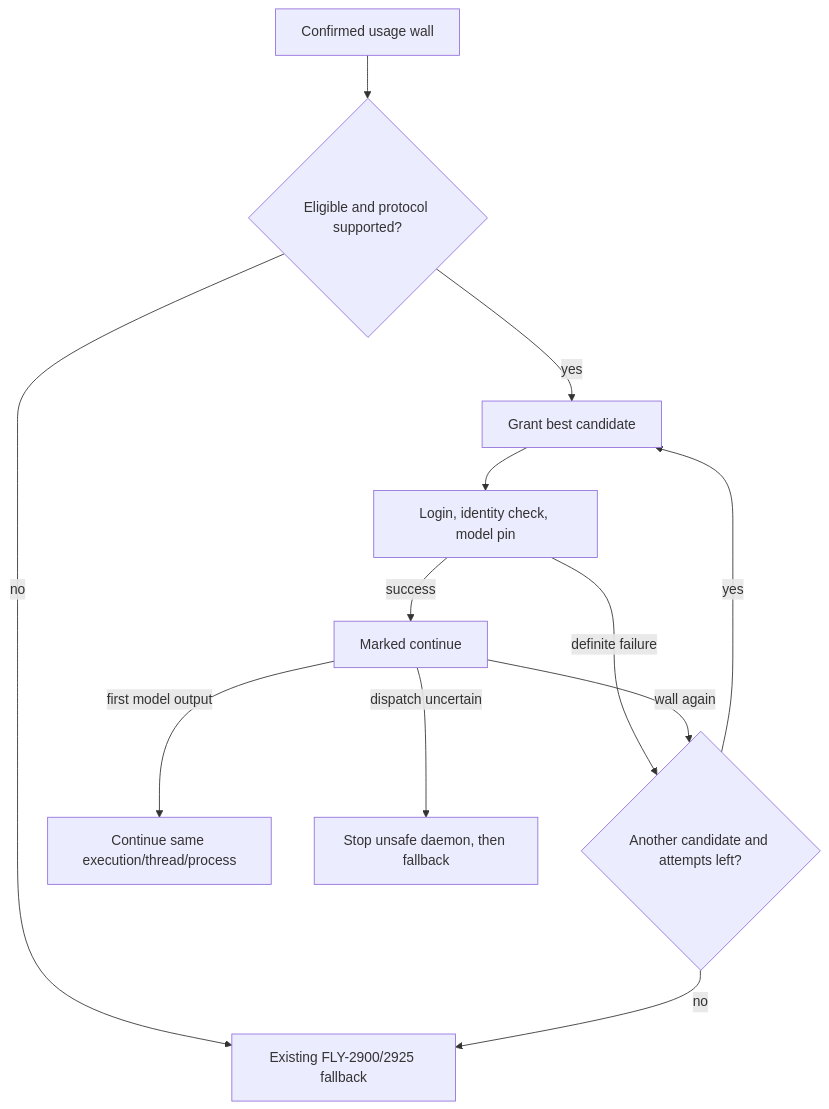
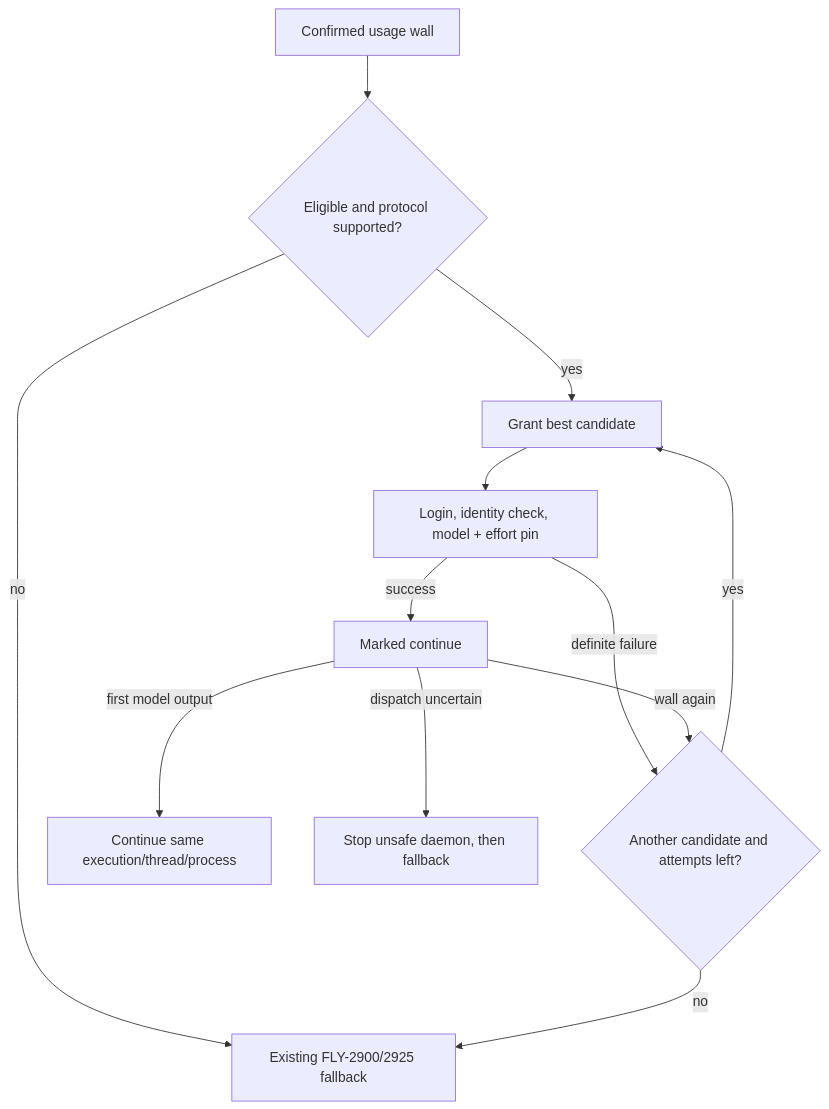
Before and after one commit to xrliAnnie/flywheel-qa-sandbox: the second of 2 diagrams in engineering/doc/FLY-2957-codex-hot-account-swap/plan.md, drawn with Mermaid. The commit also changed other lines of this file and 4 other files, not shown here.

````diff
--- a/engineering/doc/FLY-2957-codex-hot-account-swap/plan.md
+++ b/engineering/doc/FLY-2957-codex-hot-account-swap/plan.md
@@ -41,14 +62,14 @@
 ```mermaid
 flowchart TD
   W[Confirmed usage wall] --> E{Eligible and protocol supported?}
   E -- no --> F[Existing FLY-2900/2925 fallback]
   E -- yes --> G[Grant best candidate]
-  G --> L[Login, identity check, model pin]
+  G --> L[Login, identity check, model + effort pin]
   L -- definite failure --> N{Another candidate and attempts left?}
   N -- yes --> G
   N -- no --> F
   L -- success --> T[Marked continue]
   T -- first model output --> O[Continue same execution/thread/process]
   T -- wall again --> N
   T -- dispatch uncertain --> S[Stop unsafe daemon, then fallback]
 ```
````
